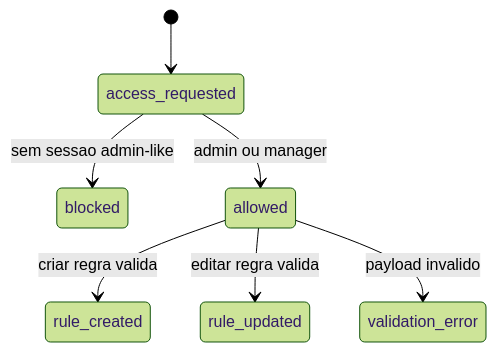
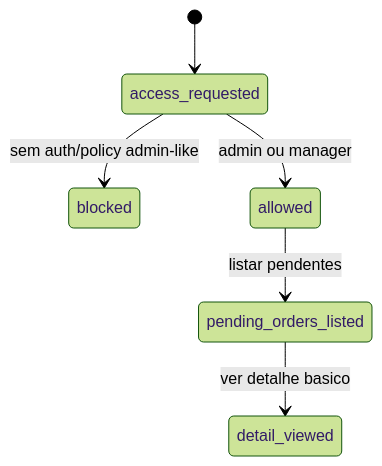
Before and after one commit to Ald3b4r4n/triadenext: the sixth of 6 diagrams in _reversa_sdd/state-machines.md, drawn with Mermaid (forest theme). The commit also changed other lines of this file and 9 other files, not shown here.

````diff
--- a/_reversa_sdd/state-machines.md
+++ b/_reversa_sdd/state-machines.md
@@ -73,9 +128,8 @@
 ```mermaid
 stateDiagram-v2
   [*] --> access_requested
-  access_requested --> blocked: sem sessao admin-like
+  access_requested --> blocked: sem auth/policy admin-like
   access_requested --> allowed: admin ou manager
-  allowed --> rule_created: criar regra valida
-  allowed --> rule_updated: editar regra valida
-  allowed --> validation_error: payload invalido
+  allowed --> pending_orders_listed: listar pendentes
+  pending_orders_listed --> detail_viewed: ver detalhe basico
 ```
````
